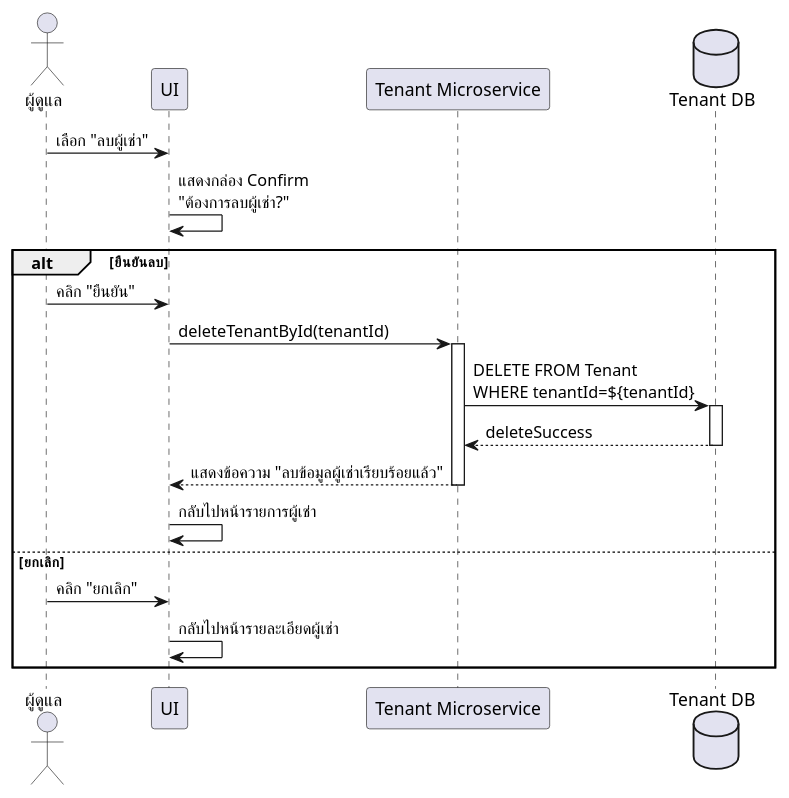
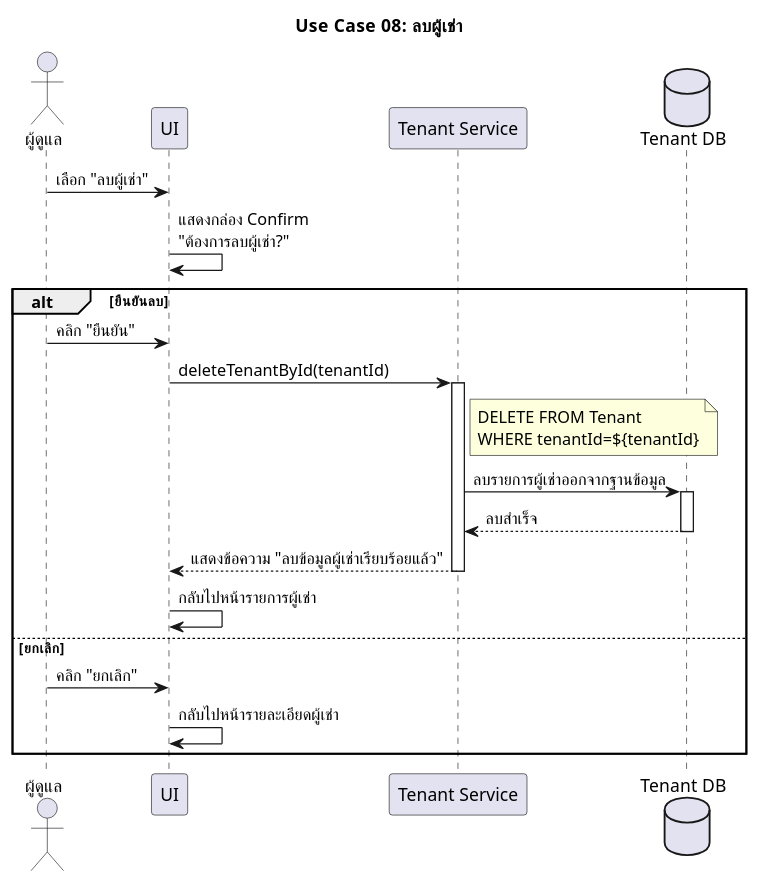
The diagram in usecase08_delete_tenent.plantuml (warinyang/UML-monthly-room-rent), drawn with PlantUML before and after one commit. The commit also changed 15 other files, not shown here.

```diff
--- a/usecase08_delete_tenent.plantuml
+++ b/usecase08_delete_tenent.plantuml
@@ -1,27 +1,33 @@
 @startuml ลบผู้เช่า
 skinparam defaultFontName "TH Sarabun New"
-
+Title Use Case 08: ลบผู้เช่า
 actor "ผู้ดูแล" as Admin
 participant "UI" as UI
-participant "Tenant Microservice" as MS
+participant "Tenant Service" as MS
 database "Tenant DB" as DB
 
 Admin -> UI      : เลือก "ลบผู้เช่า"
 UI -> UI         : แสดงกล่อง Confirm\n"ต้องการลบผู้เช่า?"
 alt ยืนยันลบ
     Admin -> UI      : คลิก "ยืนยัน"
     UI -> MS         : deleteTenantById(tenantId)
     activate MS
-    MS -> DB         : DELETE FROM Tenant\nWHERE tenantId=${tenantId}
+
+    note right of MS
+    DELETE FROM Tenant
+    WHERE tenantId=${tenantId}
+    end note
+
+    MS -> DB         : ลบรายการผู้เช่าออกจากฐานข้อมูล
     activate DB
-    DB --> MS        : deleteSuccess
+    DB --> MS        :ลบสำเร็จ
     deactivate DB
     MS --> UI        : แสดงข้อความ "ลบข้อมูลผู้เช่าเรียบร้อยแล้ว"
     deactivate MS
     UI -> UI         : กลับไปหน้ารายการผู้เช่า
 else ยกเลิก
     Admin -> UI      : คลิก "ยกเลิก"
     UI -> UI     : กลับไปหน้ารายละเอียดผู้เช่า
 end
 deactivate UI
 @enduml
```
